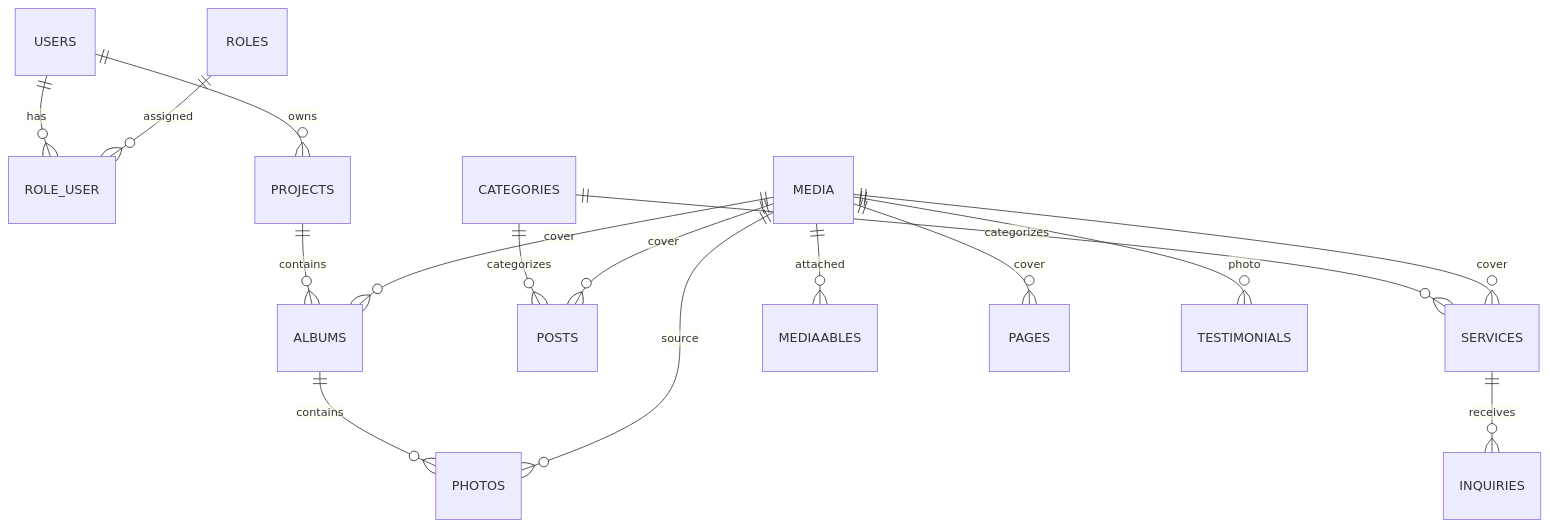
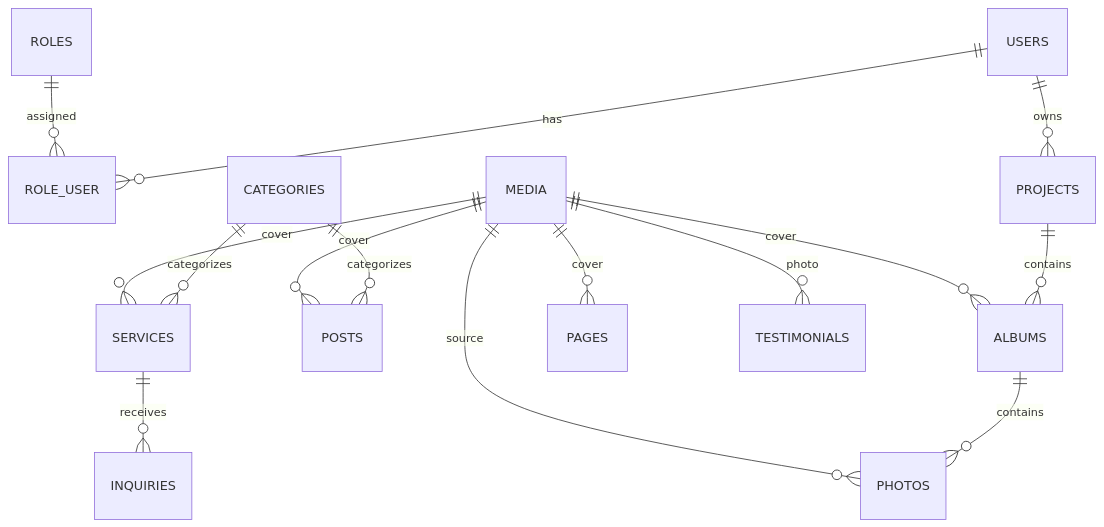
The diagram in fotoskazka/database.md (constklimenko/photostudio), drawn with Mermaid before and after one commit. The commit also changed other lines of this file and 1 other file, not shown here.

````diff
--- a/fotoskazka/database.md
+++ b/fotoskazka/database.md
@@ -47,26 +47,25 @@
 ```mermaid
 erDiagram
 
     USERS ||--o{ ROLE_USER : has
     ROLES ||--o{ ROLE_USER : assigned
 
     USERS ||--o{ PROJECTS : owns
 
     CATEGORIES ||--o{ SERVICES : categorizes
     CATEGORIES ||--o{ POSTS : categorizes
 
     PROJECTS ||--o{ ALBUMS : contains
     ALBUMS ||--o{ PHOTOS : contains
-    
-    MEDIA ||--o{ PHOTOS : source 
-    MEDIA ||--o{ MEDIAABLES : attached
+
+    MEDIA ||--o{ PHOTOS : source
 
     MEDIA ||--o{ POSTS : cover
     MEDIA ||--o{ SERVICES : cover
     MEDIA ||--o{ ALBUMS : cover
     MEDIA ||--o{ PAGES : cover
     MEDIA ||--o{ TESTIMONIALS : photo
 
     SERVICES ||--o{ INQUIRIES : receives
 
 ```
````
